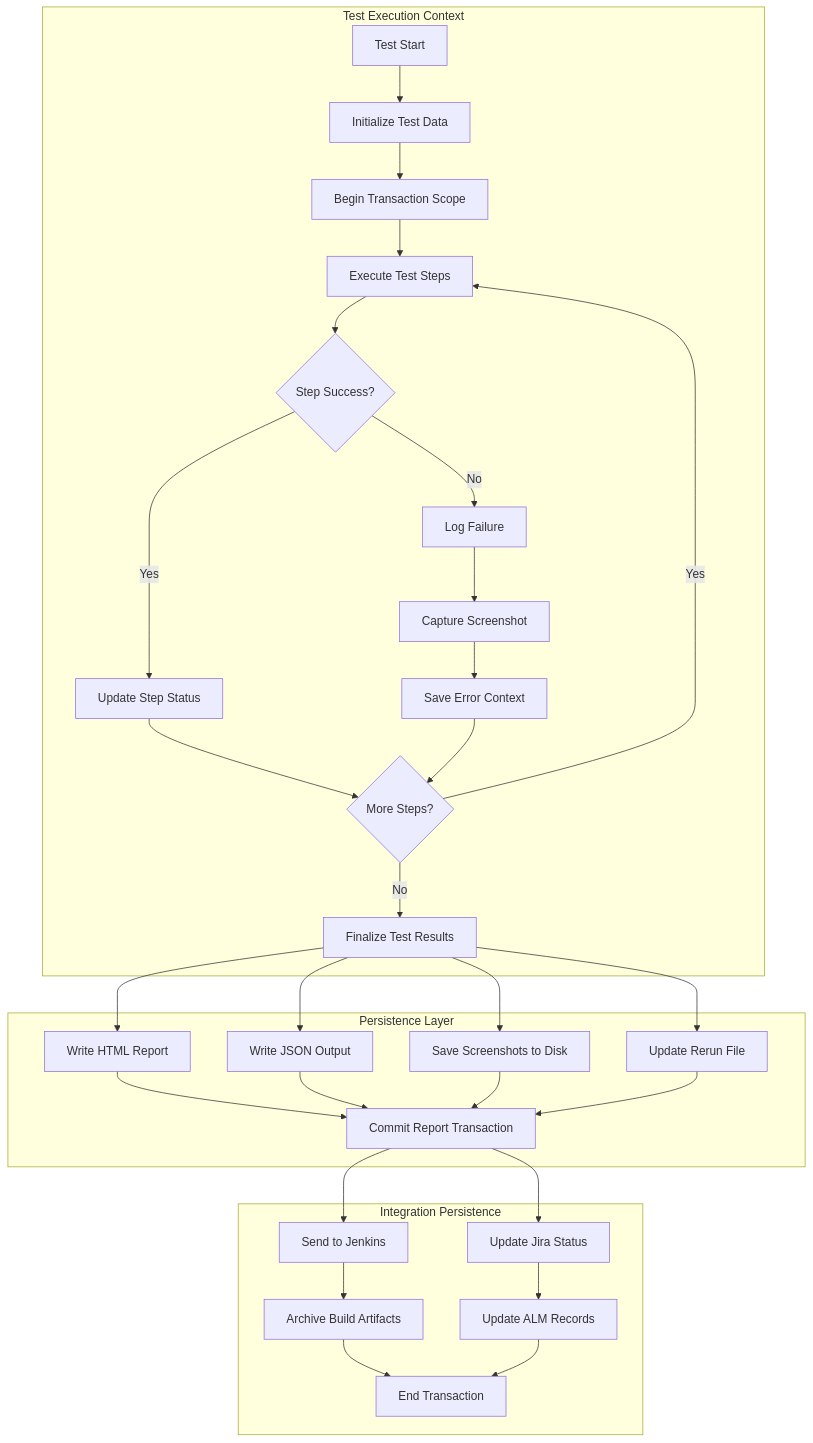
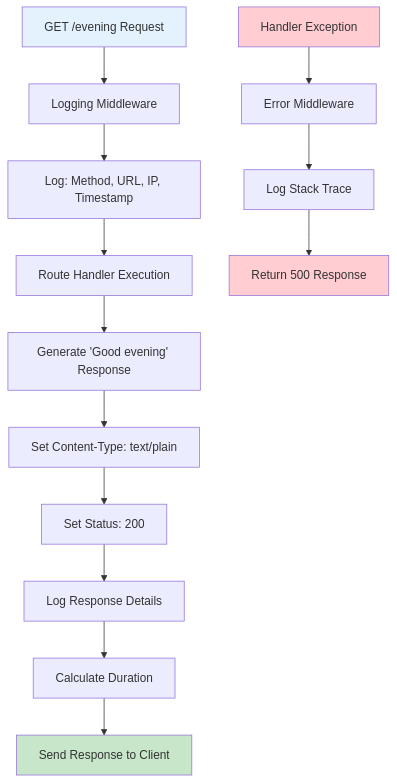
Before and after one commit to lakshya-blitzy/branch_August_lakshya_: diagram 11 of 50 in blitzy/documentation/Technical Specifications.md, drawn with Mermaid. The commit also changed other lines of this file, not shown here.

````diff
--- a/blitzy/documentation/Technical Specifications.md
+++ b/blitzy/documentation/Technical Specifications.md
@@ -1714,43 +1625,21 @@
 ```mermaid
 flowchart TD
-    subgraph "Test Execution Context"
-        A[Test Start] --> B[Initialize Test Data]
-        B --> C[Begin Transaction Scope]
-        
-        C --> D[Execute Test Steps]
-        D --> E{Step Success?}
-        E -->|Yes| F[Update Step Status]
-        E -->|No| G[Log Failure]
-        
-        F --> H{More Steps?}
-        G --> I[Capture Screenshot]
-        I --> J[Save Error Context]
-        J --> H
-        
-        H -->|Yes| D
-        H -->|No| K[Finalize Test Results]
-    end
+    A[GET /evening Request] --> B[Logging Middleware]
+    B --> C[Log: Method, URL, IP, Timestamp]
+    C --> D[Route Handler Execution]
+    D --> E[Generate 'Good evening' Response]
+    E --> F[Set Content-Type: text/plain]
+    F --> G[Set Status: 200]
+    G --> H[Log Response Details]
+    H --> I[Calculate Duration]
+    I --> J[Send Response to Client]
     
-    subgraph "Persistence Layer"
-        K --> L[Write HTML Report]
-        K --> M[Write JSON Output]
-        K --> N[Save Screenshots to Disk]
-        K --> O[Update Rerun File]
-        
-        L --> P[Commit Report Transaction]
-        M --> P
-        N --> P
-        O --> P
-    end
+    K[Handler Exception] --> L[Error Middleware]
+    L --> M[Log Stack Trace]
+    M --> N[Return 500 Response]
     
-    subgraph "Integration Persistence"
-        P --> Q[Send to Jenkins]
-        P --> R[Update Jira Status]
-        
-        Q --> S[Archive Build Artifacts]
-        R --> T[Update ALM Records]
-        
-        S --> U[End Transaction]
-        T --> U
-    end
+    style A fill:#e3f2fd
+    style J fill:#c8e6c9
+    style K fill:#ffcdd2
+    style N fill:#ffcdd2
 ```
````
